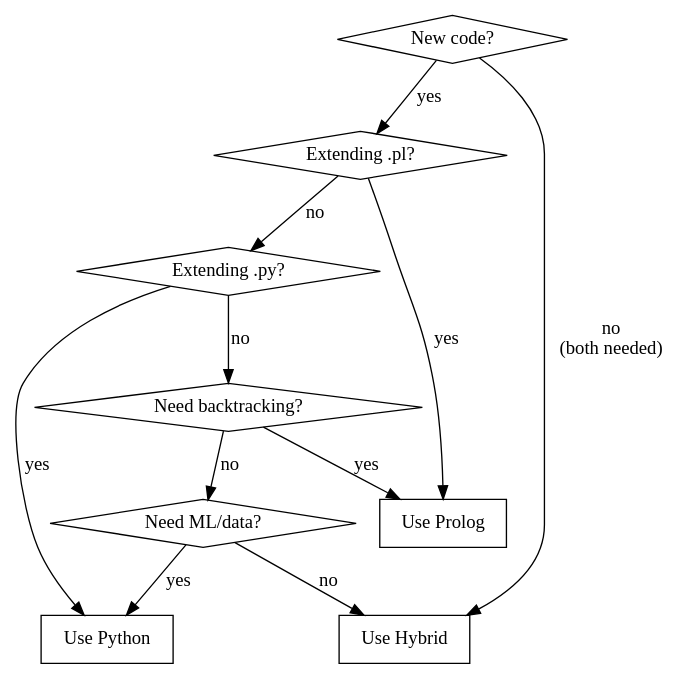
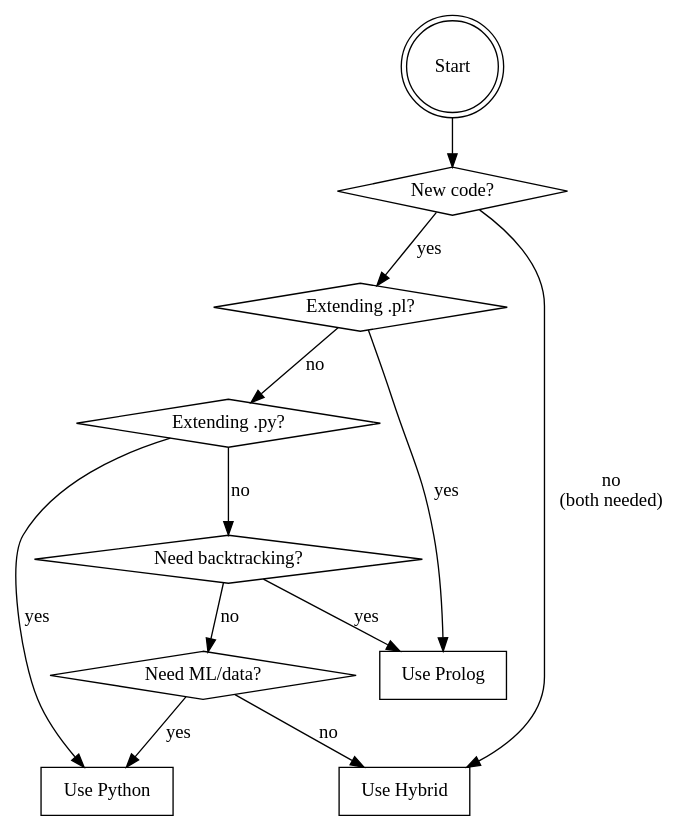
Before and after one commit to Punkwe1ght/superpowers: the second of 3 diagrams in skills/using-superpowers/SKILL.md, drawn with Graphviz. The commit also changed other lines of this file and 5 other files, not shown here.

````diff
--- a/skills/using-superpowers/SKILL.md
+++ b/skills/using-superpowers/SKILL.md
@@ -25,25 +48,27 @@
 ```dot
 digraph language_selection {
+    "Start" [shape=doublecircle];
     "New code?" [shape=diamond];
     "Extending .pl?" [shape=diamond];
     "Extending .py?" [shape=diamond];
     "Need backtracking?" [shape=diamond];
     "Need ML/data?" [shape=diamond];
 
     "Use Prolog" [shape=box];
     "Use Python" [shape=box];
     "Use Hybrid" [shape=box];
 
+    "Start" -> "New code?";
     "New code?" -> "Extending .pl?" [label="yes"];
     "Extending .pl?" -> "Use Prolog" [label="yes"];
     "Extending .pl?" -> "Extending .py?" [label="no"];
     "Extending .py?" -> "Use Python" [label="yes"];
     "Extending .py?" -> "Need backtracking?" [label="no"];
     "Need backtracking?" -> "Use Prolog" [label="yes"];
     "Need backtracking?" -> "Need ML/data?" [label="no"];
     "Need ML/data?" -> "Use Python" [label="yes"];
     "Need ML/data?" -> "Use Hybrid" [label="no"];
 
     "New code?" -> "Use Hybrid" [label="no\n(both needed)"];
 }
 ```
````
